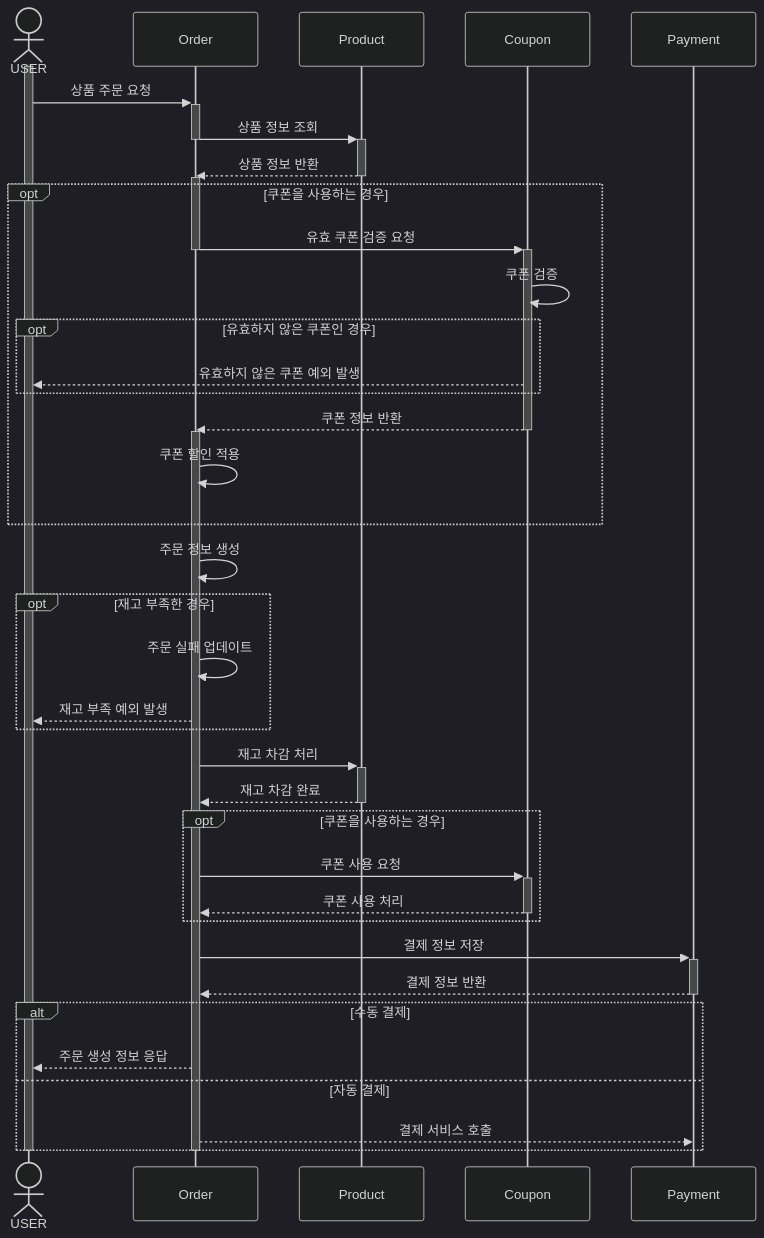
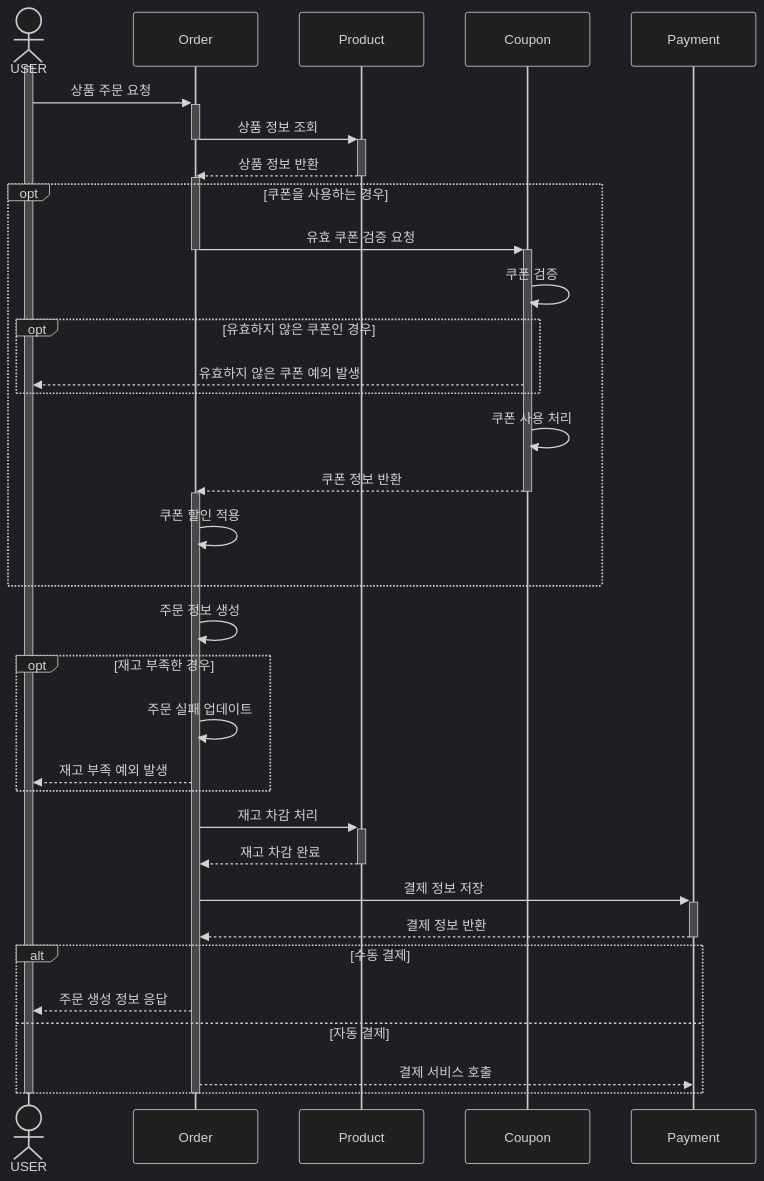
The fourth of 7 diagrams in docs/requirements-analysis/sequence-diagram.md (ch00kh/e-commerce-sercvice), drawn with Mermaid (dark theme) before and after one commit. The commit also changed 1 other file, not shown here.

Commit message:
docs: 쿠폰 검증 사용 시 쿠폰 사용을 같은 트랜잭션으로 처리

````diff
--- a/docs/requirements-analysis/sequence-diagram.md
+++ b/docs/requirements-analysis/sequence-diagram.md
@@ -73,49 +73,46 @@
 ```mermaid
 sequenceDiagram
   actor USER
   participant Order
   participant Product
   participant Coupon
   participant Payment
 
   activate USER
   USER ->>+ Order: 상품 주문 요청
   Order ->>+ Product: 상품 정보 조회
   deactivate Order
   Product -->>- Order: 상품 정보 반환
   activate Order
   opt 쿠폰을 사용하는 경우
     Order ->>+ Coupon: 유효 쿠폰 검증 요청
     deactivate Order
     Coupon ->> Coupon: 쿠폰 검증
     opt 유효하지 않은 쿠폰인 경우
       Coupon -->> USER: 유효하지 않은 쿠폰 예외 발생
     end
+    Coupon ->> Coupon: 쿠폰 사용 처리
     Coupon -->>- Order: 쿠폰 정보 반환
     activate Order
     Order ->> Order: 쿠폰 할인 적용
   end
   
   Order ->> Order: 주문 정보 생성
 
   opt 재고 부족한 경우
     Order ->> Order: 주문 실패 업데이트
     Order -->> USER: 재고 부족 예외 발생
   end
   Order ->>+ Product: 재고 차감 처리
-  Product -->>- Order: 재고 차감 완료 
-  opt 쿠폰을 사용하는 경우
-    Order ->>+ Coupon: 쿠폰 사용 요청
-    Coupon -->>- Order: 쿠폰 사용 처리
-  end
+  Product -->>- Order: 재고 차감 완료
   Order ->>+ Payment: 결제 정보 저장
   Payment -->>- Order: 결제 정보 반환
   
   alt 수동 결제
     Order -->> USER: 주문 생성 정보 응답
   else 자동 결제
     Order -->> Payment: 결제 서비스 호출
   end
   deactivate Order
   deactivate USER
 ```
````
